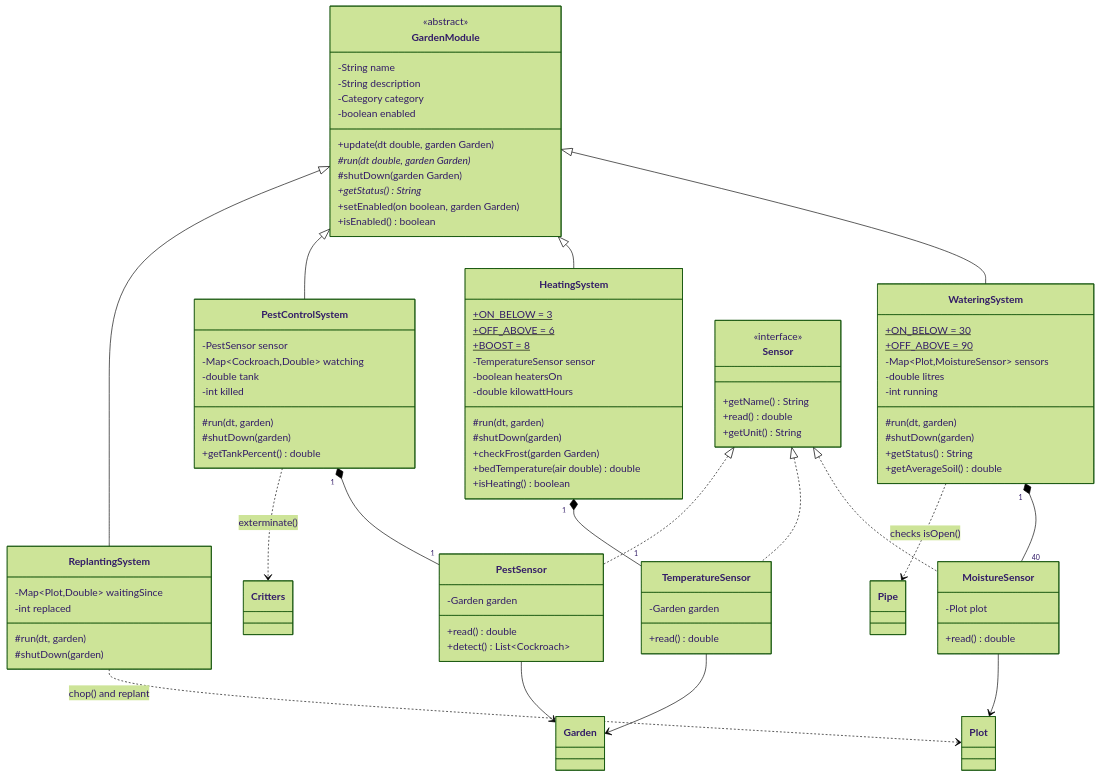
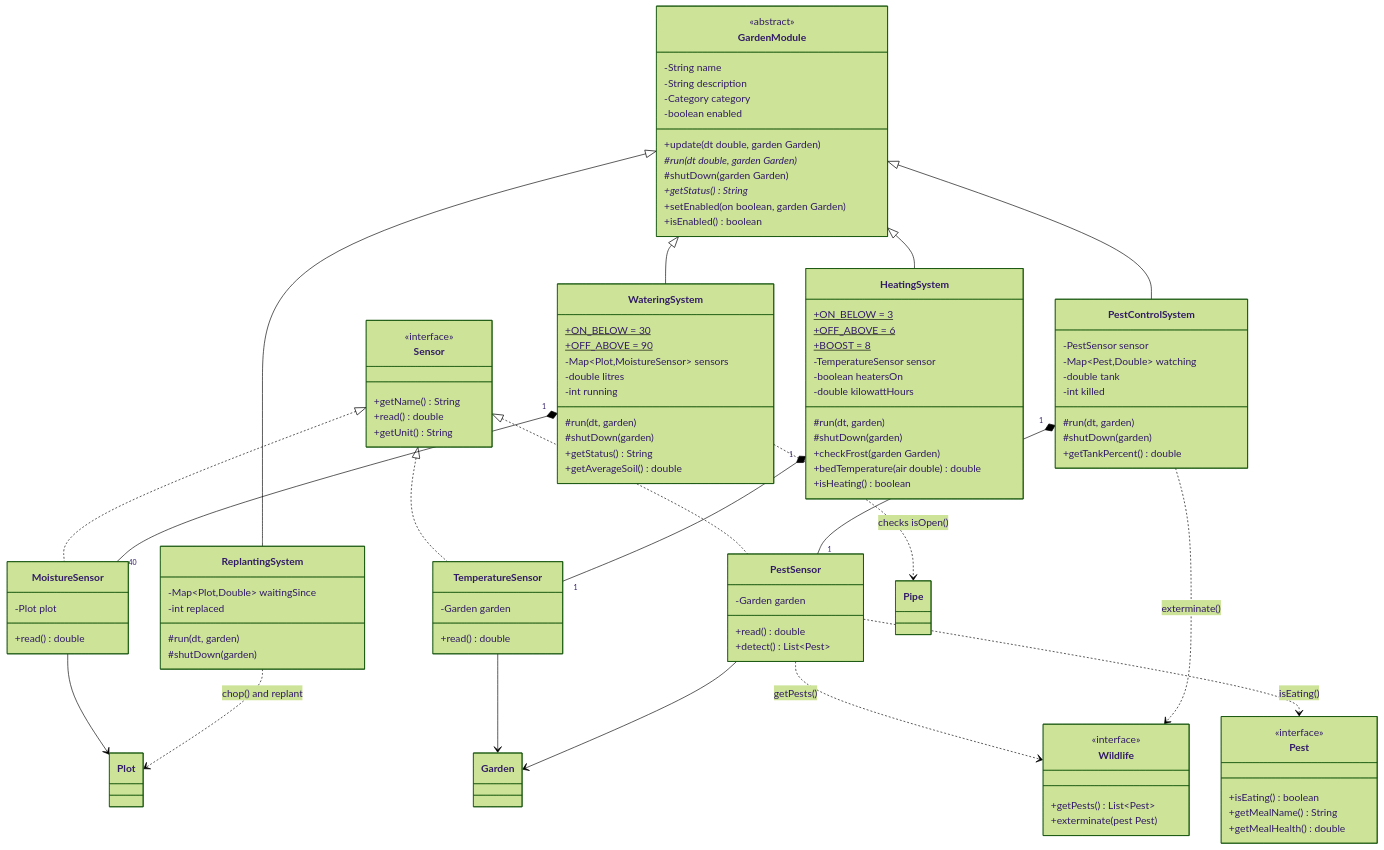
The fifth of 17 diagrams in docs/UML.md (Hstrauss1/gitgarden), drawn with Mermaid (forest theme) before and after one commit. The commit also changed other lines of this file and 16 other files, not shown here.

````diff
--- a/docs/UML.md
+++ b/docs/UML.md
@@ -424,7 +427,7 @@
 
     class PestControlSystem {
         -PestSensor sensor
-        -Map~Cockroach,Double~ watching
+        -Map~Pest,Double~ watching
         -double tank
         -int killed
         #run(dt, garden)
@@ -459,7 +462,20 @@
     class PestSensor {
         -Garden garden
         +read() double
-        +detect() List~Cockroach~
+        +detect() List~Pest~
+    }
+
+    class Pest {
+        <<interface>>
+        +isEating() boolean
+        +getMealName() String
+        +getMealHealth() double
+    }
+
+    class Wildlife {
+        <<interface>>
+        +getPests() List~Pest~
+        +exterminate(pest Pest)
     }
 
     GardenModule <|-- WateringSystem
@@ -478,7 +494,9 @@
     MoistureSensor --> Plot
     TemperatureSensor --> Garden
     PestSensor --> Garden
-    PestControlSystem ..> Critters : exterminate()
+    PestSensor ..> Wildlife : getPests()
+    PestSensor ..> Pest : isEating()
+    PestControlSystem ..> Wildlife : exterminate()
     ReplantingSystem ..> Plot : chop() and replant
     WateringSystem ..> Pipe : checks isOpen()
 ```
````
